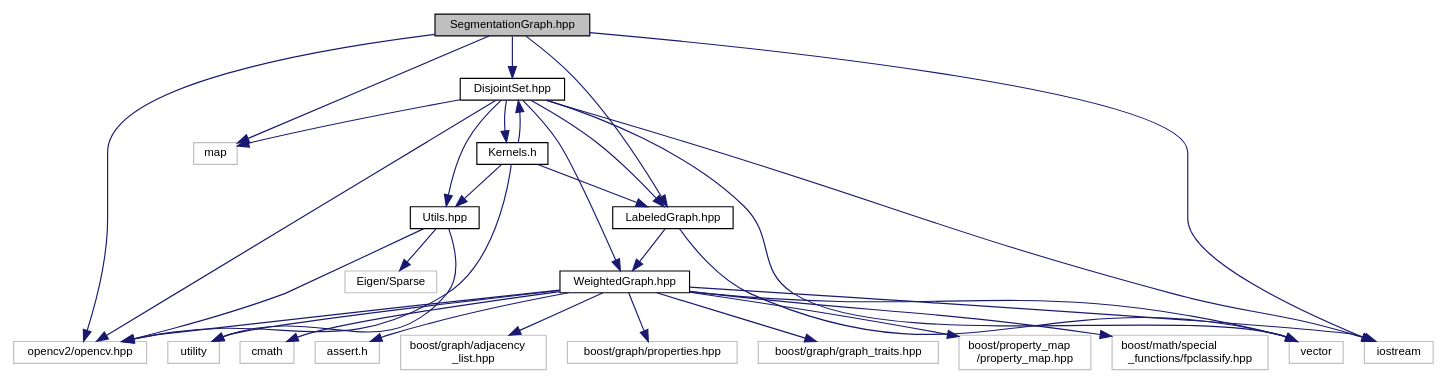
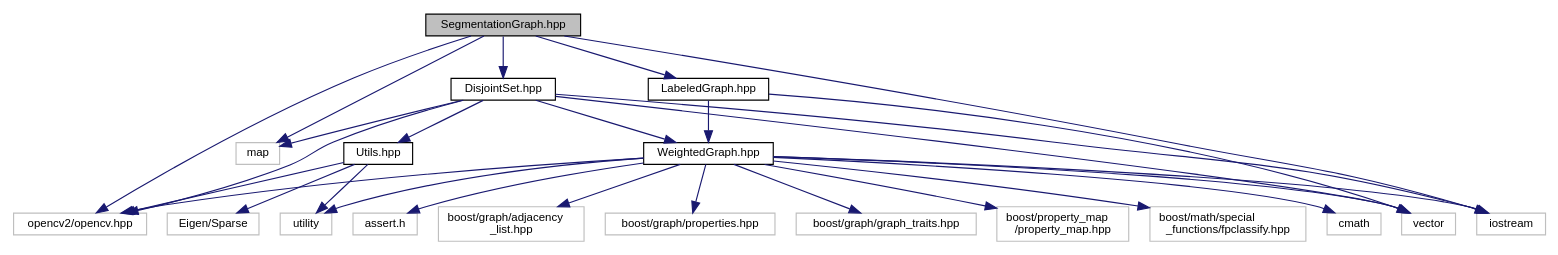
Before and after one commit to alexisVallet/animation-character-identification: the diagram in _segmentation_graph_8hpp__incl.dot, drawn with Graphviz. The commit also changed 386 other files, not shown here.

```diff
--- a/_segmentation_graph_8hpp__incl.dot
+++ b/_segmentation_graph_8hpp__incl.dot
@@ -1,57 +1,50 @@
 digraph "SegmentationGraph.hpp"
 {
   edge [fontname="Helvetica",fontsize="10",labelfontname="Helvetica",labelfontsize="10"];
   node [fontname="Helvetica",fontsize="10",shape=record];
   Node1 [label="SegmentationGraph.hpp",height=0.2,width=0.4,color="black", fillcolor="grey75", style="filled" fontcolor="black"];
   Node1 -> Node2 [color="midnightblue",fontsize="10",style="solid",fontname="Helvetica"];
   Node2 [label="map",height=0.2,width=0.4,color="grey75", fillcolor="white", style="filled"];
   Node1 -> Node3 [color="midnightblue",fontsize="10",style="solid",fontname="Helvetica"];
   Node3 [label="iostream",height=0.2,width=0.4,color="grey75", fillcolor="white", style="filled"];
   Node1 -> Node4 [color="midnightblue",fontsize="10",style="solid",fontname="Helvetica"];
   Node4 [label="opencv2/opencv.hpp",height=0.2,width=0.4,color="grey75", fillcolor="white", style="filled"];
   Node1 -> Node5 [color="midnightblue",fontsize="10",style="solid",fontname="Helvetica"];
   Node5 [label="LabeledGraph.hpp",height=0.2,width=0.4,color="black", fillcolor="white", style="filled",URL="$_labeled_graph_8hpp.html"];
   Node5 -> Node6 [color="midnightblue",fontsize="10",style="solid",fontname="Helvetica"];
   Node6 [label="vector",height=0.2,width=0.4,color="grey75", fillcolor="white", style="filled"];
   Node5 -> Node7 [color="midnightblue",fontsize="10",style="solid",fontname="Helvetica"];
   Node7 [label="WeightedGraph.hpp",height=0.2,width=0.4,color="black", fillcolor="white", style="filled",URL="$_weighted_graph_8hpp.html"];
   Node7 -> Node8 [color="midnightblue",fontsize="10",style="solid",fontname="Helvetica"];
   Node8 [label="cmath",height=0.2,width=0.4,color="grey75", fillcolor="white", style="filled"];
   Node7 -> Node9 [color="midnightblue",fontsize="10",style="solid",fontname="Helvetica"];
   Node9 [label="assert.h",height=0.2,width=0.4,color="grey75", fillcolor="white", style="filled"];
   Node7 -> Node3 [color="midnightblue",fontsize="10",style="solid",fontname="Helvetica"];
   Node7 -> Node6 [color="midnightblue",fontsize="10",style="solid",fontname="Helvetica"];
   Node7 -> Node10 [color="midnightblue",fontsize="10",style="solid",fontname="Helvetica"];
   Node10 [label="utility",height=0.2,width=0.4,color="grey75", fillcolor="white", style="filled"];
   Node7 -> Node4 [color="midnightblue",fontsize="10",style="solid",fontname="Helvetica"];
   Node7 -> Node11 [color="midnightblue",fontsize="10",style="solid",fontname="Helvetica"];
   Node11 [label="boost/graph/adjacency\l_list.hpp",height=0.2,width=0.4,color="grey75", fillcolor="white", style="filled"];
   Node7 -> Node12 [color="midnightblue",fontsize="10",style="solid",fontname="Helvetica"];
   Node12 [label="boost/graph/properties.hpp",height=0.2,width=0.4,color="grey75", fillcolor="white", style="filled"];
   Node7 -> Node13 [color="midnightblue",fontsize="10",style="solid",fontname="Helvetica"];
   Node13 [label="boost/graph/graph_traits.hpp",height=0.2,width=0.4,color="grey75", fillcolor="white", style="filled"];
   Node7 -> Node14 [color="midnightblue",fontsize="10",style="solid",fontname="Helvetica"];
   Node14 [label="boost/property_map\l/property_map.hpp",height=0.2,width=0.4,color="grey75", fillcolor="white", style="filled"];
   Node7 -> Node15 [color="midnightblue",fontsize="10",style="solid",fontname="Helvetica"];
   Node15 [label="boost/math/special\l_functions/fpclassify.hpp",height=0.2,width=0.4,color="grey75", fillcolor="white", style="filled"];
   Node1 -> Node16 [color="midnightblue",fontsize="10",style="solid",fontname="Helvetica"];
   Node16 [label="DisjointSet.hpp",height=0.2,width=0.4,color="black", fillcolor="white", style="filled",URL="$_disjoint_set_8hpp.html"];
   Node16 -> Node3 [color="midnightblue",fontsize="10",style="solid",fontname="Helvetica"];
   Node16 -> Node6 [color="midnightblue",fontsize="10",style="solid",fontname="Helvetica"];
   Node16 -> Node2 [color="midnightblue",fontsize="10",style="solid",fontname="Helvetica"];
   Node16 -> Node4 [color="midnightblue",fontsize="10",style="solid",fontname="Helvetica"];
   Node16 -> Node7 [color="midnightblue",fontsize="10",style="solid",fontname="Helvetica"];
-  Node16 -> Node5 [color="midnightblue",fontsize="10",style="solid",fontname="Helvetica"];
   Node16 -> Node17 [color="midnightblue",fontsize="10",style="solid",fontname="Helvetica"];
-  Node17 [label="Kernels.h",height=0.2,width=0.4,color="black", fillcolor="white", style="filled",URL="$_kernels_8h.html"];
+  Node17 [label="Utils.hpp",height=0.2,width=0.4,color="black", fillcolor="white", style="filled",URL="$_utils_8hpp.html"];
+  Node17 -> Node10 [color="midnightblue",fontsize="10",style="solid",fontname="Helvetica"];
   Node17 -> Node4 [color="midnightblue",fontsize="10",style="solid",fontname="Helvetica"];
-  Node17 -> Node5 [color="midnightblue",fontsize="10",style="solid",fontname="Helvetica"];
-  Node17 -> Node16 [color="midnightblue",fontsize="10",style="solid",fontname="Helvetica"];
   Node17 -> Node18 [color="midnightblue",fontsize="10",style="solid",fontname="Helvetica"];
-  Node18 [label="Utils.hpp",height=0.2,width=0.4,color="black", fillcolor="white", style="filled",URL="$_utils_8hpp.html"];
-  Node18 -> Node10 [color="midnightblue",fontsize="10",style="solid",fontname="Helvetica"];
-  Node18 -> Node4 [color="midnightblue",fontsize="10",style="solid",fontname="Helvetica"];
-  Node18 -> Node19 [color="midnightblue",fontsize="10",style="solid",fontname="Helvetica"];
-  Node19 [label="Eigen/Sparse",height=0.2,width=0.4,color="grey75", fillcolor="white", style="filled"];
-  Node16 -> Node18 [color="midnightblue",fontsize="10",style="solid",fontname="Helvetica"];
+  Node18 [label="Eigen/Sparse",height=0.2,width=0.4,color="grey75", fillcolor="white", style="filled"];
 }
```
